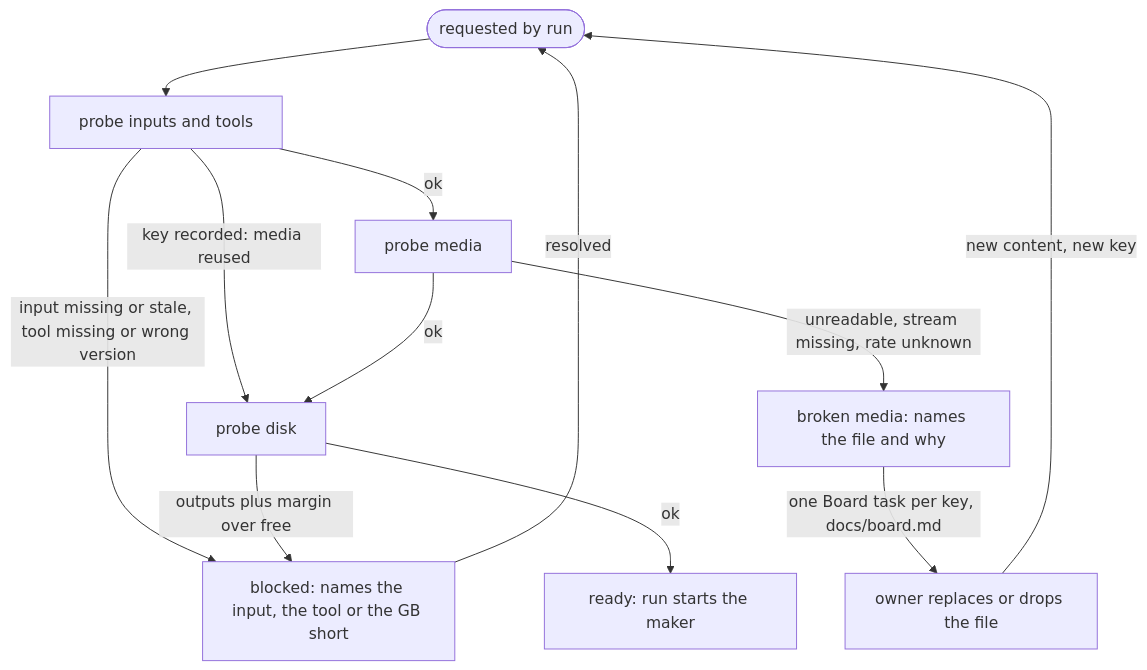
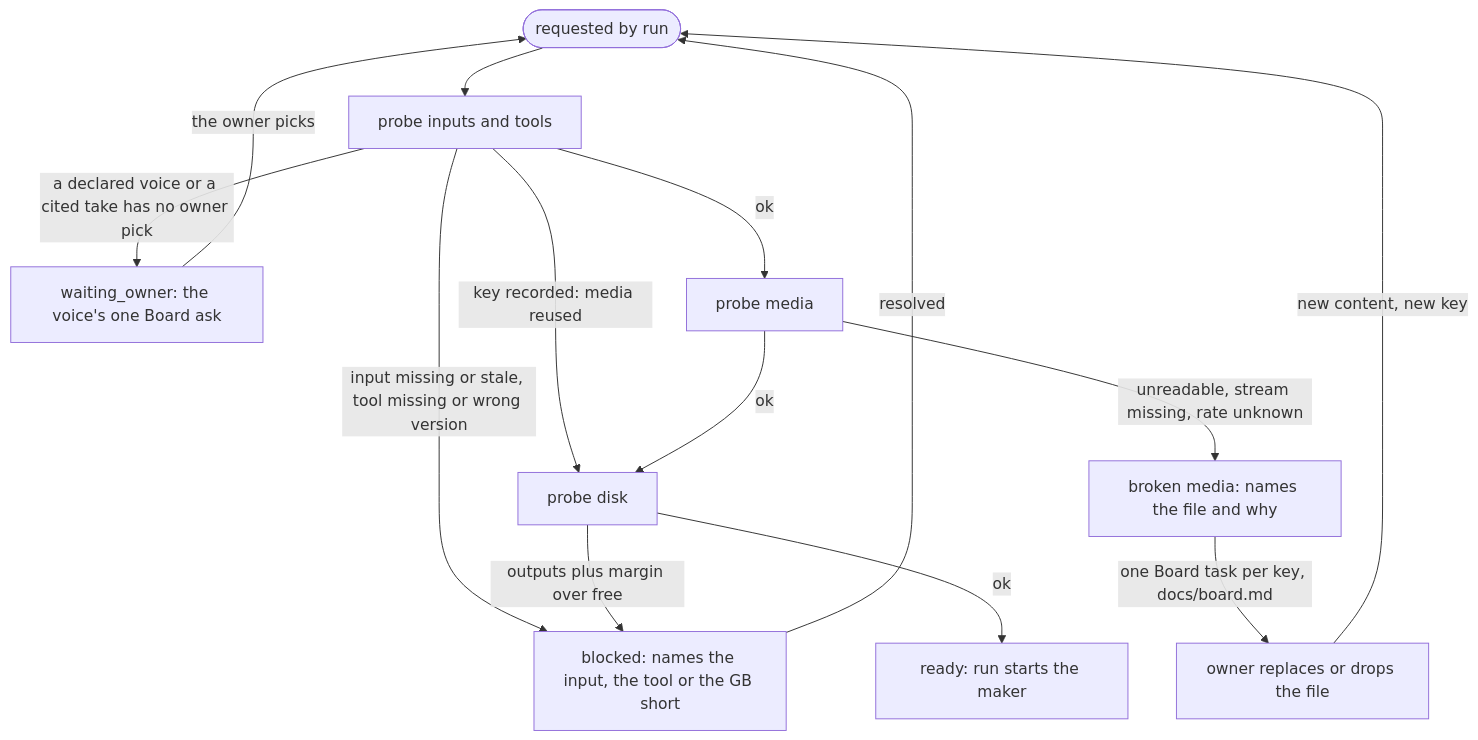
One commit to ChrisPirillo/pirillo-studio changed the diagram in docs/preflight.md. Above: the diagram before and after it, drawn with Mermaid. The commit also changed other lines of this file and 6 other files, not shown here.

````diff
--- a/docs/preflight.md
+++ b/docs/preflight.md
@@ -126,14 +127,16 @@
 ```mermaid
 flowchart TD
     req([requested by run]) --> tools[probe inputs and tools]
     tools -->|input missing or stale, tool missing or wrong version| blocked[blocked: names the input, the tool or the GB short]
+    tools -->|a declared voice or a cited take has no owner pick| waiting[waiting_owner: the voice's one Board ask]
+    waiting -->|the owner picks| req
     tools -->|key recorded: media reused| disk
     tools -->|ok| media[probe media]
     media -->|unreadable, stream missing, rate unknown| broken[broken media: names the file and why]
     media -->|ok| disk[probe disk]
     disk -->|outputs plus margin over free| blocked
     disk -->|ok| ready[ready: run starts the maker]
     broken -->|one Board task per key, docs/board.md| owner[owner replaces or drops the file]
     owner -->|new content, new key| req
     blocked -->|resolved| req
 ```
````
